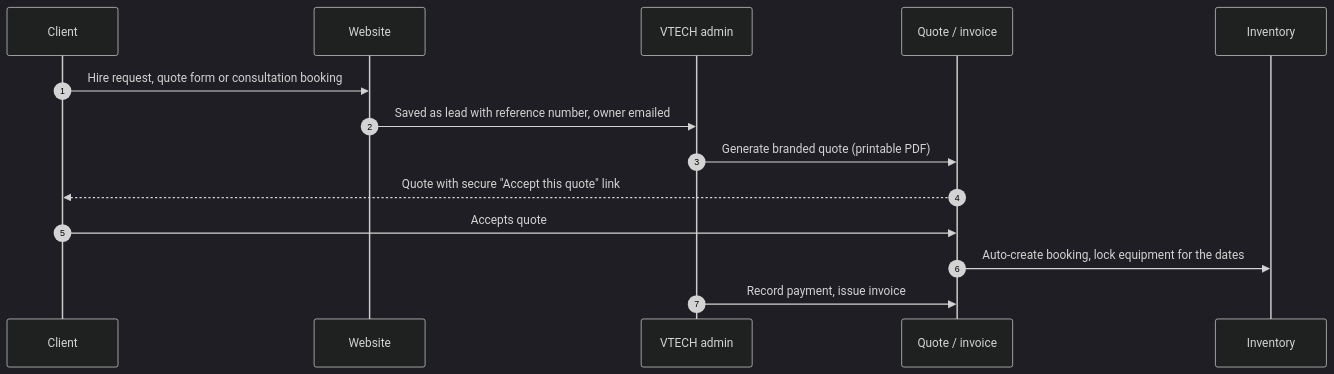
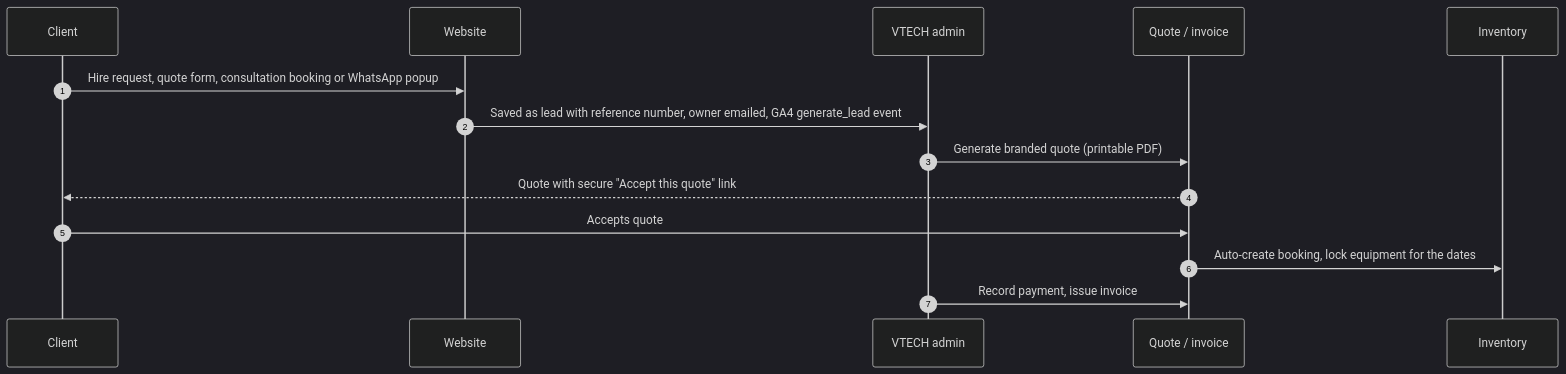
One commit to moselanto/vtechaudio changed the second of 5 diagrams in README.md. Above: the diagram before and after it, drawn with Mermaid (dark theme). The commit also changed other lines of this file, not shown here.

````diff
--- a/README.md
+++ b/README.md
@@ -169,16 +243,16 @@
 ```mermaid
 sequenceDiagram
     autonumber
     participant C as Client
     participant W as Website
     participant A as VTECH admin
     participant Q as Quote / invoice
     participant I as Inventory
-    C->>W: Hire request, quote form or consultation booking
-    W->>A: Saved as lead with reference number, owner emailed
+    C->>W: Hire request, quote form, consultation booking or WhatsApp popup
+    W->>A: Saved as lead with reference number, owner emailed, GA4 generate_lead event
     A->>Q: Generate branded quote (printable PDF)
     Q-->>C: Quote with secure "Accept this quote" link
     C->>Q: Accepts quote
     Q->>I: Auto-create booking, lock equipment for the dates
     A->>Q: Record payment, issue invoice
 ```
````
